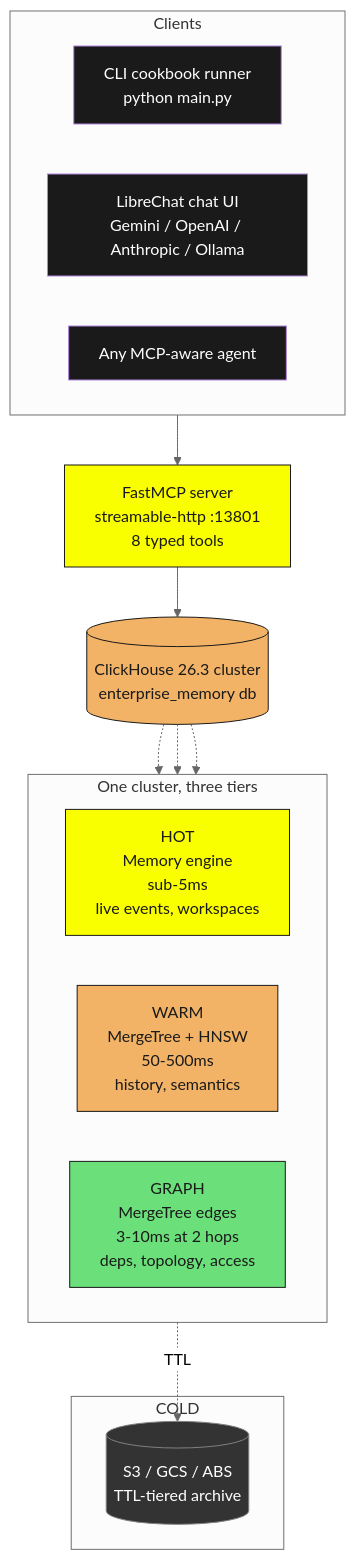
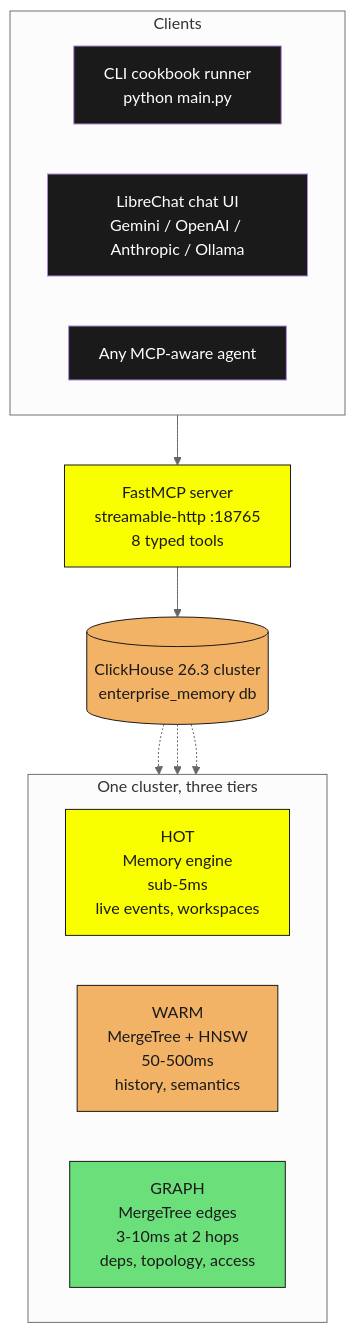
Before and after one commit to ClickHouse/clickhouse-agent-memory: the first of 7 diagrams in README.md, drawn with Mermaid (neutral theme). The commit also changed other lines of this file and 10 other files, not shown here.

````diff
--- a/README.md
+++ b/README.md
@@ -106,41 +83,34 @@
 ```mermaid
 flowchart TB
     subgraph CLIENTS["Clients"]
         CLI[CLI cookbook runner<br/>python main.py]
         UI[LibreChat chat UI<br/>Gemini / OpenAI / Anthropic / Ollama]
         AGENTS[Any MCP-aware agent]
     end
 
     CLIENTS --> MCP
 
-    MCP["FastMCP server<br/>streamable-http :13801<br/>8 typed tools"]
+    MCP["FastMCP server<br/>streamable-http :18765<br/>8 typed tools"]
 
     MCP --> CH[(ClickHouse 26.3 cluster<br/>enterprise_memory db)]
 
     subgraph TIERS["One cluster, three tiers"]
         direction LR
         HOT["HOT<br/>Memory engine<br/>sub-5ms<br/>live events, workspaces"]
         WARM["WARM<br/>MergeTree + HNSW<br/>50-500ms<br/>history, semantics"]
         GRAPH["GRAPH<br/>MergeTree edges<br/>3-10ms at 2 hops<br/>deps, topology, access"]
     end
 
     CH -.-> HOT
     CH -.-> WARM
     CH -.-> GRAPH
 
-    subgraph COLD["COLD"]
-        S3[(S3 / GCS / ABS<br/>TTL-tiered archive)]
-    end
-
-    WARM -.TTL.-> S3
-
     style CLI fill:#1a1a1a,stroke:#b085dd,color:#fff
     style UI fill:#1a1a1a,stroke:#b085dd,color:#fff
     style AGENTS fill:#1a1a1a,stroke:#b085dd,color:#fff
     style MCP fill:#faff00,stroke:#1a1a1a,color:#1a1a1a
     style CH fill:#f2b366,stroke:#1a1a1a,color:#1a1a1a
     style HOT fill:#faff00,stroke:#1a1a1a,color:#1a1a1a
     style WARM fill:#f2b366,stroke:#1a1a1a,color:#1a1a1a
     style GRAPH fill:#6be07a,stroke:#1a1a1a,color:#1a1a1a
-    style S3 fill:#333,stroke:#808080,color:#fff
 ```
````
